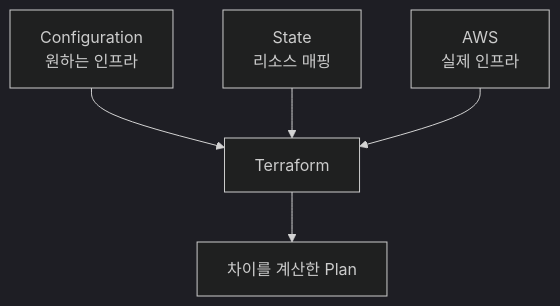
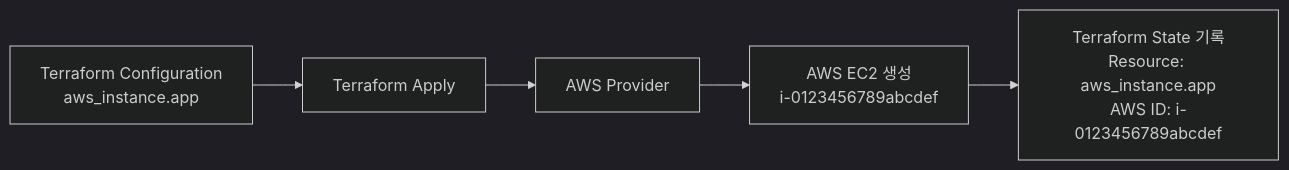
Before and after one commit to jw3418/jw3418.github.io: the sixth of 13 diagrams in _posts/2026-09-03-terraform-pipeline.md, drawn with Mermaid (dark theme). The commit also changed other lines of this file, not shown here.

First line of the commit message:
Enhance clarity on Terraform commands and state management

````diff
--- a/_posts/2026-09-03-terraform-pipeline.md
+++ b/_posts/2026-09-03-terraform-pipeline.md
@@ -167,7 +172,7 @@
 ```mermaid
-flowchart TD
-    Config["Configuration<br/>원하는 인프라"] --> Terraform["Terraform"]
-    State["State<br/>리소스 매핑"] --> Terraform
-    Actual["AWS<br/>실제 인프라"] --> Terraform
-    Terraform --> Plan["차이를 계산한 Plan"]
+flowchart LR
+    Config["Terraform Configuration<br/>aws_instance.app"] --> TF["Terraform Apply"]
+    TF --> Provider["AWS Provider"]
+    Provider --> AWS["AWS EC2 생성<br/>i-0123456789abcdef"]
+    AWS --> State["Terraform State 기록<br/>Resource: aws_instance.app<br/>AWS ID: i-0123456789abcdef"]
 ```
````
